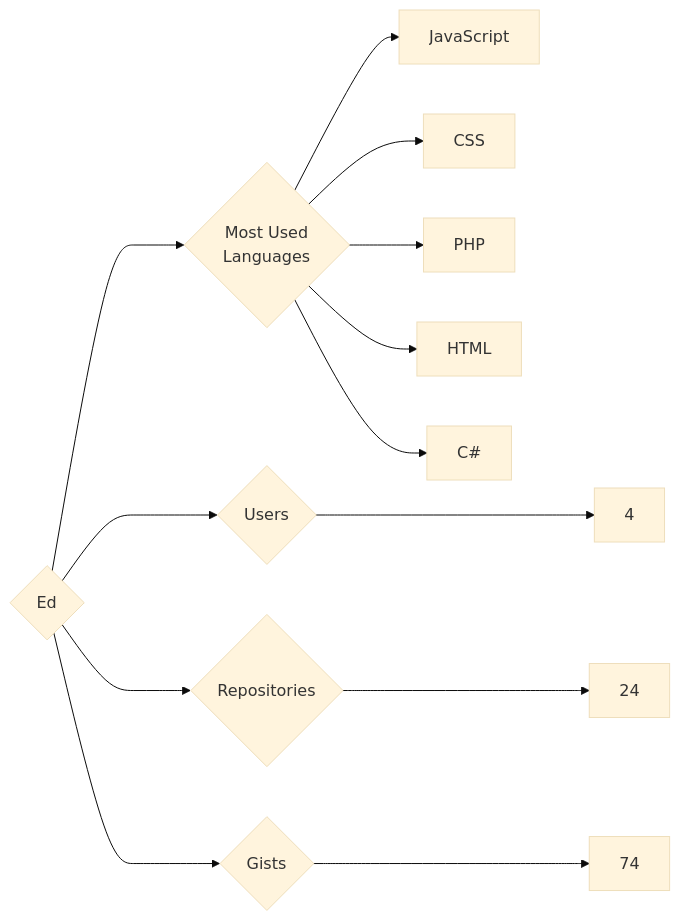
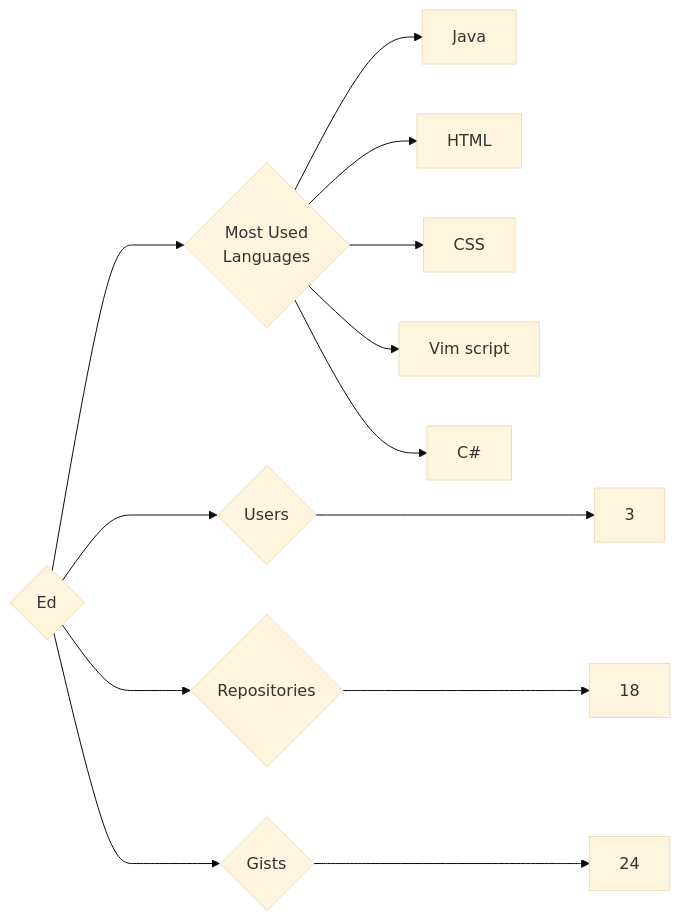
Before and after one commit to trickest/insiders: the diagram in targets/Ed/README.md, drawn with Mermaid (base theme). The commit also changed 900 other files, not shown here.

````diff
--- a/targets/Ed/README.md
+++ b/targets/Ed/README.md
@@ -3,13 +3,13 @@
 ```mermaid
 graph LR
 COMPANY_NAME{Ed}
-COMPANY_NAME ---> U{Users} ---> UN[4]
-COMPANY_NAME ---> R{Repositories} ---> RN[24]
-COMPANY_NAME ---> G{Gists} ---> GN[74]
+COMPANY_NAME ---> U{Users} ---> UN[3]
+COMPANY_NAME ---> R{Repositories} ---> RN[18]
+COMPANY_NAME ---> G{Gists} ---> GN[24]
 COMPANY_NAME ---> ML{Most Used<br>Languages}
-ML --> JavaScript[JavaScript]
+ML --> Java[Java]
+ML --> HTML[HTML]
 ML --> CSS[CSS]
-ML --> PHP[PHP]
-ML --> HTML[HTML]
+ML --> Vim_script[Vim script]
 ML --> C#[C#]
 ```
````
